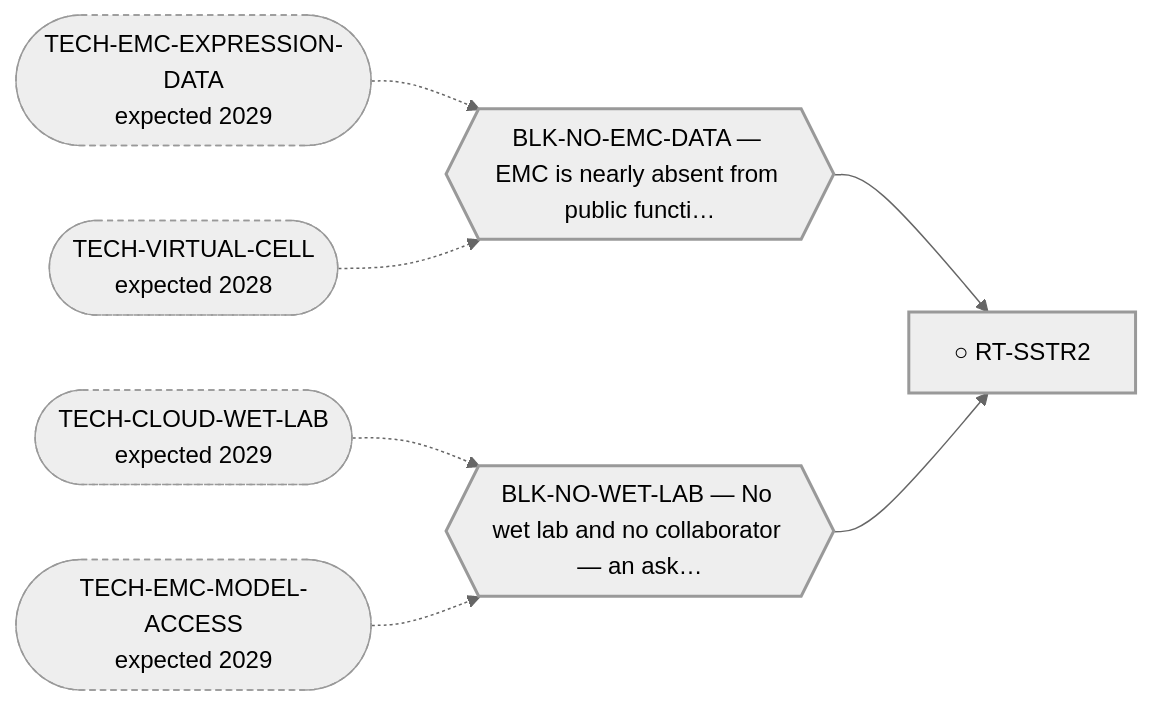
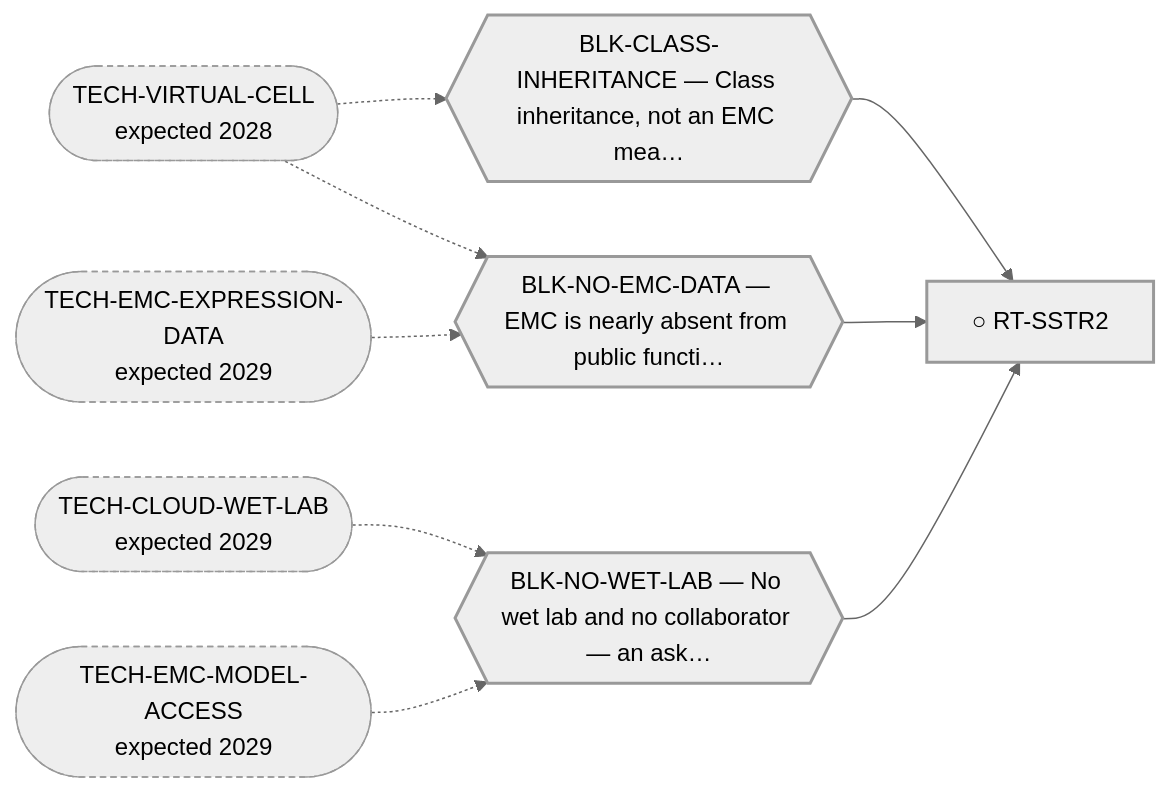
One commit to trimcrae/Rare-cancers changed the diagram in systems/views/L2-rt-sstr2.md. Above: the diagram before and after it, drawn with Mermaid (neutral theme). The commit also changed other lines of this file and 42 other files, not shown here.

````diff
--- a/systems/views/L2-rt-sstr2.md
+++ b/systems/views/L2-rt-sstr2.md
@@ -27,20 +27,24 @@
 ```mermaid
 flowchart LR
   RT_SSTR2["○ RT-SSTR2"]:::fam
+  BLK_CLASS_INHERITANCE{{"BLK-CLASS-INHERITANCE — Class inheritance, not an EMC mea…"}}:::blk
+  BLK_CLASS_INHERITANCE --> RT_SSTR2
+  TECH_VIRTUAL_CELL(["TECH-VIRTUAL-CELL<br/>expected 2028"]):::tech
+  TECH_VIRTUAL_CELL -.-> BLK_CLASS_INHERITANCE
   BLK_NO_EMC_DATA{{"BLK-NO-EMC-DATA — EMC is nearly absent from public functi…"}}:::blk
   BLK_NO_EMC_DATA --> RT_SSTR2
   TECH_EMC_EXPRESSION_DATA(["TECH-EMC-EXPRESSION-DATA<br/>expected 2029"]):::tech
   TECH_EMC_EXPRESSION_DATA -.-> BLK_NO_EMC_DATA
   TECH_VIRTUAL_CELL(["TECH-VIRTUAL-CELL<br/>expected 2028"]):::tech
   TECH_VIRTUAL_CELL -.-> BLK_NO_EMC_DATA
   BLK_NO_WET_LAB{{"BLK-NO-WET-LAB — No wet lab and no collaborator — an ask…"}}:::blk
   BLK_NO_WET_LAB --> RT_SSTR2
   TECH_CLOUD_WET_LAB(["TECH-CLOUD-WET-LAB<br/>expected 2029"]):::tech
   TECH_CLOUD_WET_LAB -.-> BLK_NO_WET_LAB
   TECH_EMC_MODEL_ACCESS(["TECH-EMC-MODEL-ACCESS<br/>expected 2029"]):::tech
   TECH_EMC_MODEL_ACCESS -.-> BLK_NO_WET_LAB
   classDef fam stroke-width:2px;
   classDef blk stroke-width:2px;
   classDef perm stroke-width:4px;
   classDef tech stroke-width:1px,stroke-dasharray:4 3;
 ```
````
